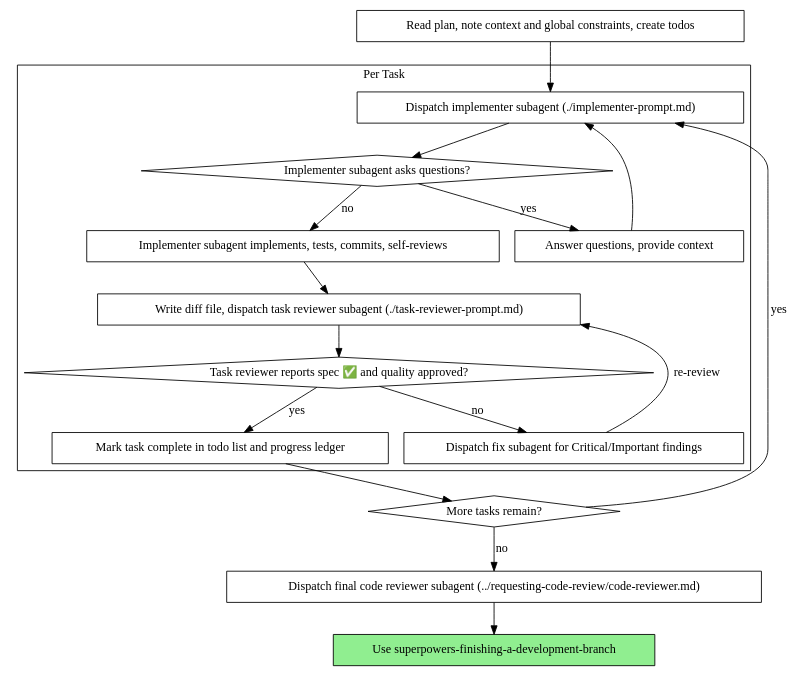
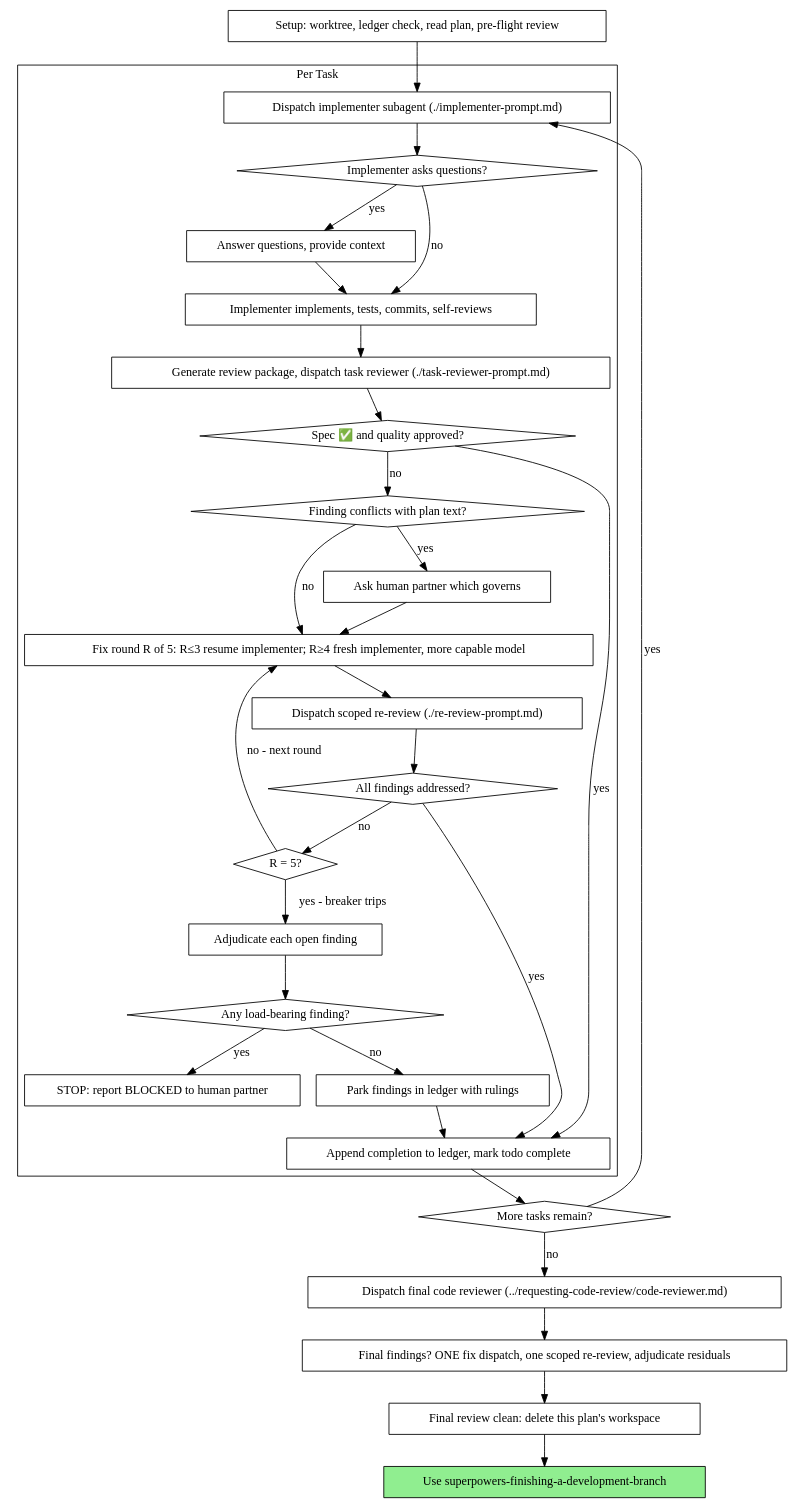
Before and after one commit to pagopa/cloud-strategy.github: the second of 2 diagrams in .github/skills/superpowers-subagent-driven-development/SKILL.md, drawn with Graphviz. The commit also changed other lines of this file and 502 other files, not shown here.

````diff
--- a/.github/skills/superpowers-subagent-driven-development/SKILL.md
+++ b/.github/skills/superpowers-subagent-driven-development/SKILL.md
@@ -47,37 +47,62 @@
 ```dot
 digraph process {
     rankdir=TB;
 
     subgraph cluster_per_task {
         label="Per Task";
         "Dispatch implementer subagent (./implementer-prompt.md)" [shape=box];
-        "Implementer subagent asks questions?" [shape=diamond];
+        "Implementer asks questions?" [shape=diamond];
         "Answer questions, provide context" [shape=box];
-        "Implementer subagent implements, tests, commits, self-reviews" [shape=box];
-        "Write diff file, dispatch task reviewer subagent (./task-reviewer-prompt.md)" [shape=box];
-        "Task reviewer reports spec ✅ and quality approved?" [shape=diamond];
-        "Dispatch fix subagent for Critical/Important findings" [shape=box];
-        "Mark task complete in todo list and progress ledger" [shape=box];
+        "Implementer implements, tests, commits, self-reviews" [shape=box];
+        "Generate review package, dispatch task reviewer (./task-reviewer-prompt.md)" [shape=box];
+        "Spec ✅ and quality approved?" [shape=diamond];
+        "Finding conflicts with plan text?" [shape=diamond];
+        "Ask human partner which governs" [shape=box];
+        "Fix round R of 5: R≤3 resume implementer; R≥4 fresh implementer, more capable model" [shape=box];
+        "Dispatch scoped re-review (./re-review-prompt.md)" [shape=box];
+        "All findings addressed?" [shape=diamond];
+        "R = 5?" [shape=diamond];
+        "Adjudicate each open finding" [shape=box];
+        "Any load-bearing finding?" [shape=diamond];
+        "STOP: report BLOCKED to human partner" [shape=box];
+        "Park findings in ledger with rulings" [shape=box];
+        "Append completion to ledger, mark todo complete" [shape=box];
     }
 
-    "Read plan, note context and global constraints, create todos" [shape=box];
+    "Setup: worktree, ledger check, read plan, pre-flight review" [shape=box];
     "More tasks remain?" [shape=diamond];
-    "Dispatch final code reviewer subagent (../requesting-code-review/code-reviewer.md)" [shape=box];
+    "Dispatch final code reviewer (../requesting-code-review/code-reviewer.md)" [shape=box];
+    "Final findings? ONE fix dispatch, one scoped re-review, adjudicate residuals" [shape=box];
+    "Final review clean: delete this plan's workspace" [shape=box];
     "Use superpowers-finishing-a-development-branch" [shape=box style=filled fillcolor=lightgreen];
 
-    "Read plan, note context and global constraints, create todos" -> "Dispatch implementer subagent (./implementer-prompt.md)";
-    "Dispatch implementer subagent (./implementer-prompt.md)" -> "Implementer subagent asks questions?";
-    "Implementer subagent asks questions?" -> "Answer questions, provide context" [label="yes"];
-    "Answer questions, provide context" -> "Dispatch implementer subagent (./implementer-prompt.md)";
-    "Implementer subagent asks questions?" -> "Implementer subagent implements, tests, commits, self-reviews" [label="no"];
-    "Implementer subagent implements, tests, commits, self-reviews" -> "Write diff file, dispatch task reviewer subagent (./task-reviewer-prompt.md)";
-    "Write diff file, dispatch task reviewer subagent (./task-reviewer-prompt.md)" -> "Task reviewer reports spec ✅ and quality approved?";
-    "Task reviewer reports spec ✅ and quality approved?" -> "Dispatch fix subagent for Critical/Important findings" [label="no"];
-    "Dispatch fix subagent for Critical/Important findings" -> "Write diff file, dispatch task reviewer subagent (./task-reviewer-prompt.md)" [label="re-review"];
-    "Task reviewer reports spec ✅ and quality approved?" -> "Mark task complete in todo list and progress ledger" [label="yes"];
-    "Mark task complete in todo list and progress ledger" -> "More tasks remain?";
+    "Setup: worktree, ledger check, read plan, pre-flight review" -> "Dispatch implementer subagent (./implementer-prompt.md)";
+    "Dispatch implementer subagent (./implementer-prompt.md)" -> "Implementer asks questions?";
+    "Implementer asks questions?" -> "Answer questions, provide context" [label="yes"];
+    "Answer questions, provide context" -> "Implementer implements, tests, commits, self-reviews";
+    "Implementer asks questions?" -> "Implementer implements, tests, commits, self-reviews" [label="no"];
+    "Implementer implements, tests, commits, self-reviews" -> "Generate review package, dispatch task reviewer (./task-reviewer-prompt.md)";
+    "Generate review package, dispatch task reviewer (./task-reviewer-prompt.md)" -> "Spec ✅ and quality approved?";
+    "Spec ✅ and quality approved?" -> "Append completion to ledger, mark todo complete" [label="yes"];
+    "Spec ✅ and quality approved?" -> "Finding conflicts with plan text?" [label="no"];
+    "Finding conflicts with plan text?" -> "Ask human partner which governs" [label="yes"];
+    "Ask human partner which governs" -> "Fix round R of 5: R≤3 resume implementer; R≥4 fresh implementer, more capable model";
+    "Finding conflicts with plan text?" -> "Fix round R of 5: R≤3 resume implementer; R≥4 fresh implementer, more capable model" [label="no"];
+    "Fix round R of 5: R≤3 resume implementer; R≥4 fresh implementer, more capable model" -> "Dispatch scoped re-review (./re-review-prompt.md)";
+    "Dispatch scoped re-review (./re-review-prompt.md)" -> "All findings addressed?";
+    "All findings addressed?" -> "Append completion to ledger, mark todo complete" [label="yes"];
+    "All findings addressed?" -> "R = 5?" [label="no"];
+    "R = 5?" -> "Fix round R of 5: R≤3 resume implementer; R≥4 fresh implementer, more capable model" [label="no - next round"];
+    "R = 5?" -> "Adjudicate each open finding" [label="yes - breaker trips"];
+    "Adjudicate each open finding" -> "Any load-bearing finding?";
+    "Any load-bearing finding?" -> "STOP: report BLOCKED to human partner" [label="yes"];
+    "Any load-bearing finding?" -> "Park findings in ledger with rulings" [label="no"];
+    "Park findings in ledger with rulings" -> "Append completion to ledger, mark todo complete";
+    "Append completion to ledger, mark todo complete" -> "More tasks remain?";
     "More tasks remain?" -> "Dispatch implementer subagent (./implementer-prompt.md)" [label="yes"];
-    "More tasks remain?" -> "Dispatch final code reviewer subagent (../requesting-code-review/code-reviewer.md)" [label="no"];
-    "Dispatch final code reviewer subagent (../requesting-code-review/code-reviewer.md)" -> "Use superpowers-finishing-a-development-branch";
+    "More tasks remain?" -> "Dispatch final code reviewer (../requesting-code-review/code-reviewer.md)" [label="no"];
+    "Dispatch final code reviewer (../requesting-code-review/code-reviewer.md)" -> "Final findings? ONE fix dispatch, one scoped re-review, adjudicate residuals";
+    "Final findings? ONE fix dispatch, one scoped re-review, adjudicate residuals" -> "Final review clean: delete this plan's workspace";
+    "Final review clean: delete this plan's workspace" -> "Use superpowers-finishing-a-development-branch";
 }
 ```
````
